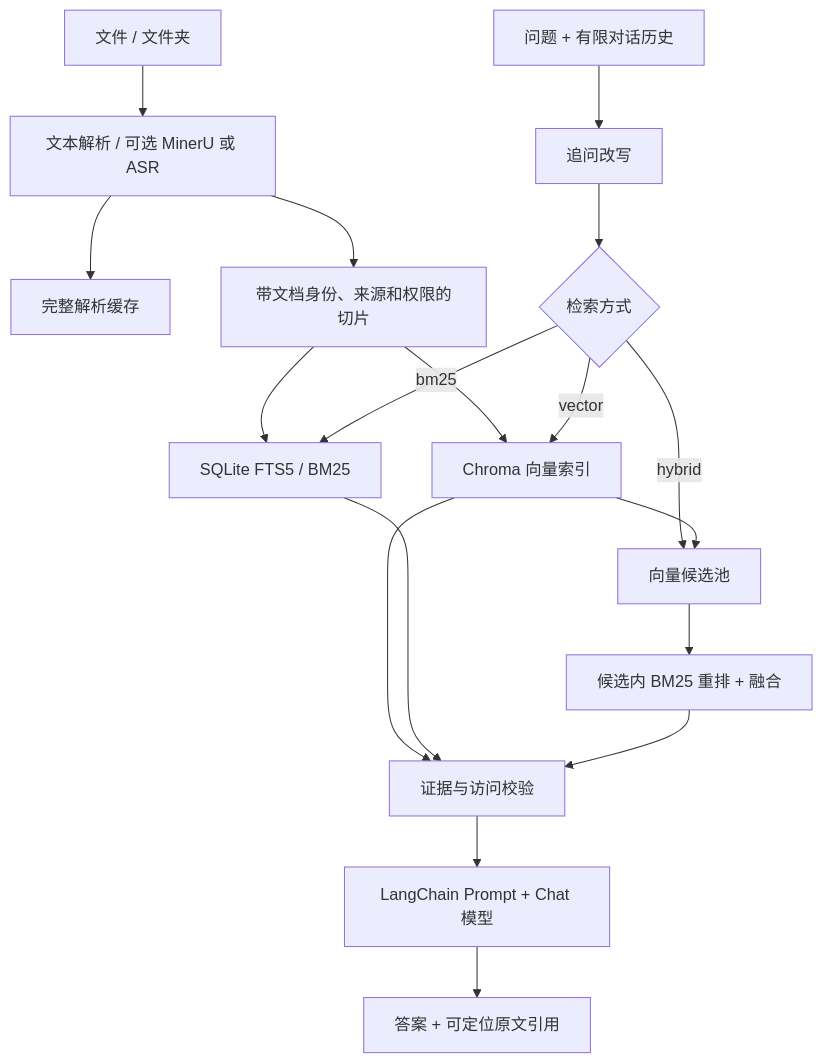
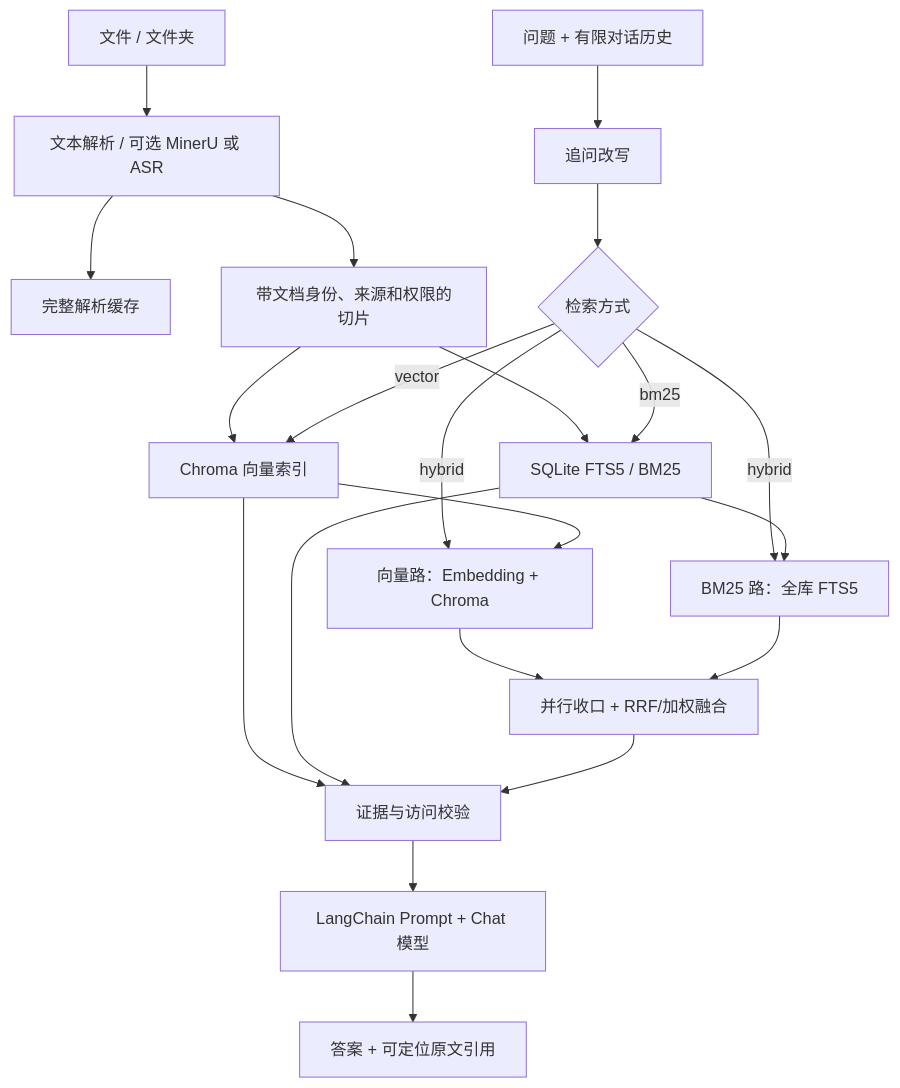
The diagram in README.md (ibhYin/BM25_VectorDB_RAG), drawn with Mermaid before and after one commit. The commit also changed other lines of this file and 18 other files, not shown here.

````diff
--- a/README.md
+++ b/README.md
@@ -25,20 +25,23 @@
 ```mermaid
 flowchart TD
     D[文件 / 文件夹] --> P[文本解析 / 可选 MinerU 或 ASR]
     P --> C[完整解析缓存]
     P --> S[带文档身份、来源和权限的切片]
     S --> V[Chroma 向量索引]
     S --> B[SQLite FTS5 / BM25]
     Q[问题 + 有限对话历史] --> R[追问改写]
     R --> M{检索方式}
     M -->|vector| V
     M -->|bm25| B
-    M -->|hybrid| H[向量候选池]
+    M -->|hybrid| H[向量路：Embedding + Chroma]
+    M -->|hybrid| K[BM25 路：全库 FTS5]
     V --> H
-    H --> F[候选内 BM25 重排 + 融合]
+    B --> K
+    H --> F[并行收口 + RRF/加权融合]
+    K --> F
     V --> E[证据与访问校验]
     B --> E
     F --> E
     E --> L[LangChain Prompt + Chat 模型]
     L --> A[答案 + 可定位原文引用]
 ```
````
